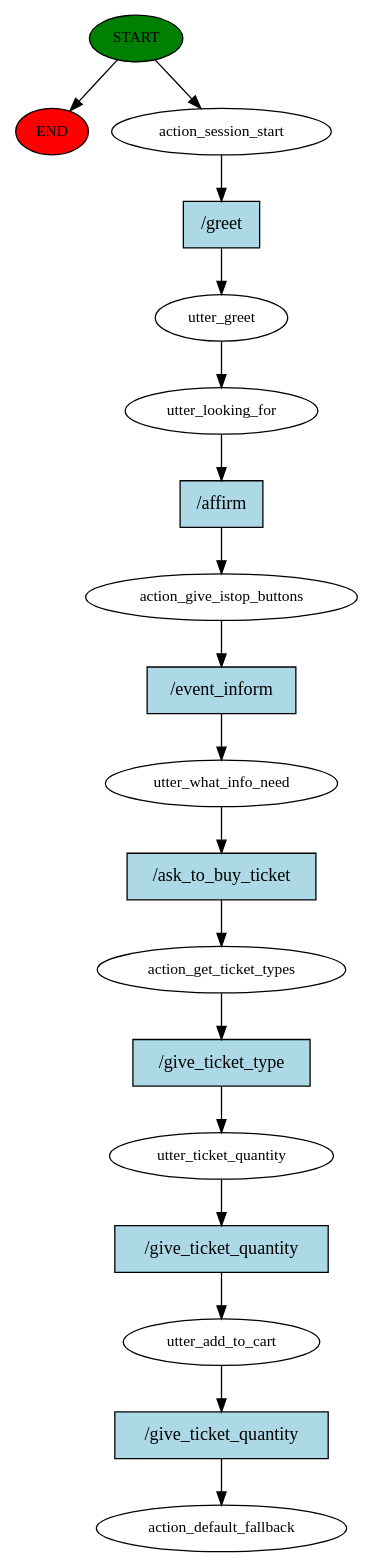
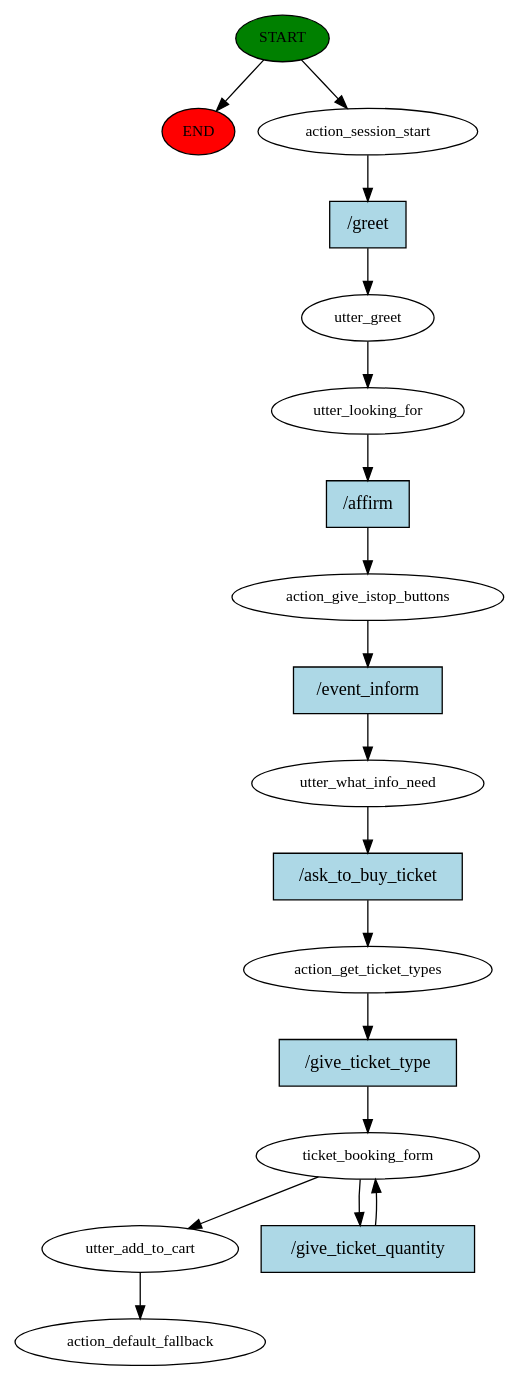
One commit to EhteshamBahoo/Tic8M8_Bot changed the diagram in story_graph.dot. Above: the diagram before and after it, drawn with Graphviz. The commit also changed 8 other files, not shown here.

```diff
--- a/story_graph.dot
+++ b/story_graph.dot
@@ -1,37 +1,36 @@
 digraph  {
 0 [class="start active", fillcolor=green, fontsize=12, label=START, style=filled];
 "-1" [class=end, fillcolor=red, fontsize=12, label=END, style=filled];
 1 [class=active, fontsize=12, label=action_session_start];
 2 [class=active, fontsize=12, label=utter_greet];
 3 [class=active, fontsize=12, label=utter_looking_for];
 4 [class=active, fontsize=12, label=action_give_istop_buttons];
 5 [class=active, fontsize=12, label=utter_what_info_need];
 6 [class=active, fontsize=12, label=action_get_ticket_types];
-7 [class=active, fontsize=12, label=utter_ticket_quantity];
-8 [class=active, fontsize=12, label=utter_add_to_cart];
-9 [class="dashed active", fontsize=12, label=action_default_fallback];
-10 [class="intent active", fillcolor=lightblue, label="/greet", shape=rect, style=filled];
-11 [class="intent active", fillcolor=lightblue, label="/affirm", shape=rect, style=filled];
-12 [class="intent active", fillcolor=lightblue, label="/event_inform", shape=rect, style=filled];
-13 [class="intent active", fillcolor=lightblue, label="/ask_to_buy_ticket", shape=rect, style=filled];
-14 [class="intent active", fillcolor=lightblue, label="/give_ticket_type", shape=rect, style=filled];
-15 [class="intent active", fillcolor=lightblue, label="/give_ticket_quantity", shape=rect, style=filled];
+7 [class=active, fontsize=12, label=ticket_booking_form];
+9 [class=active, fontsize=12, label=utter_add_to_cart];
+10 [class="dashed active", fontsize=12, label=action_default_fallback];
+11 [class="intent active", fillcolor=lightblue, label="/greet", shape=rect, style=filled];
+12 [class="intent active", fillcolor=lightblue, label="/affirm", shape=rect, style=filled];
+13 [class="intent active", fillcolor=lightblue, label="/event_inform", shape=rect, style=filled];
+14 [class="intent active", fillcolor=lightblue, label="/ask_to_buy_ticket", shape=rect, style=filled];
+15 [class="intent active", fillcolor=lightblue, label="/give_ticket_type", shape=rect, style=filled];
 16 [class="intent active", fillcolor=lightblue, label="/give_ticket_quantity", shape=rect, style=filled];
 0 -> "-1"  [class="", key=NONE, label=""];
 0 -> 1  [class=active, key=NONE, label=""];
-1 -> 10  [class=active, key=0];
+1 -> 11  [class=active, key=0];
 2 -> 3  [class=active, key=NONE, label=""];
-3 -> 11  [class=active, key=0];
-4 -> 12  [class=active, key=0];
-5 -> 13  [class=active, key=0];
-6 -> 14  [class=active, key=0];
-7 -> 15  [class=active, key=0];
-8 -> 16  [class=active, key=0];
-10 -> 2  [class=active, key=0];
-11 -> 4  [class=active, key=0];
-12 -> 5  [class=active, key=0];
-13 -> 6  [class=active, key=0];
-14 -> 7  [class=active, key=0];
-15 -> 8  [class=active, key=0];
-16 -> 9  [class=active, key=0];
+3 -> 12  [class=active, key=0];
+4 -> 13  [class=active, key=0];
+5 -> 14  [class=active, key=0];
+6 -> 15  [class=active, key=0];
+7 -> 9  [class=active, key=NONE, label=""];
+7 -> 16  [class=active, key=0];
+9 -> 10  [class=active, key=NONE, label=""];
+11 -> 2  [class=active, key=0];
+12 -> 4  [class=active, key=0];
+13 -> 5  [class=active, key=0];
+14 -> 6  [class=active, key=0];
+15 -> 7  [class=active, key=0];
+16 -> 7  [class=active, key=0];
 }
```
